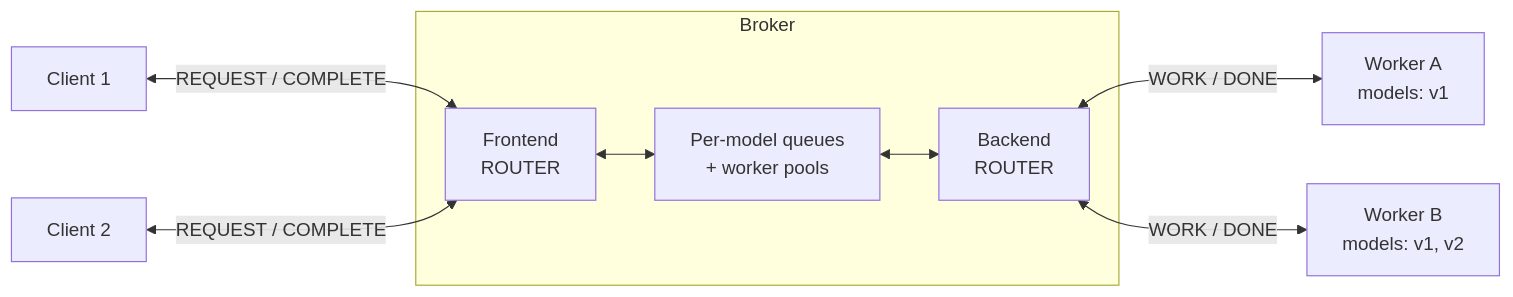
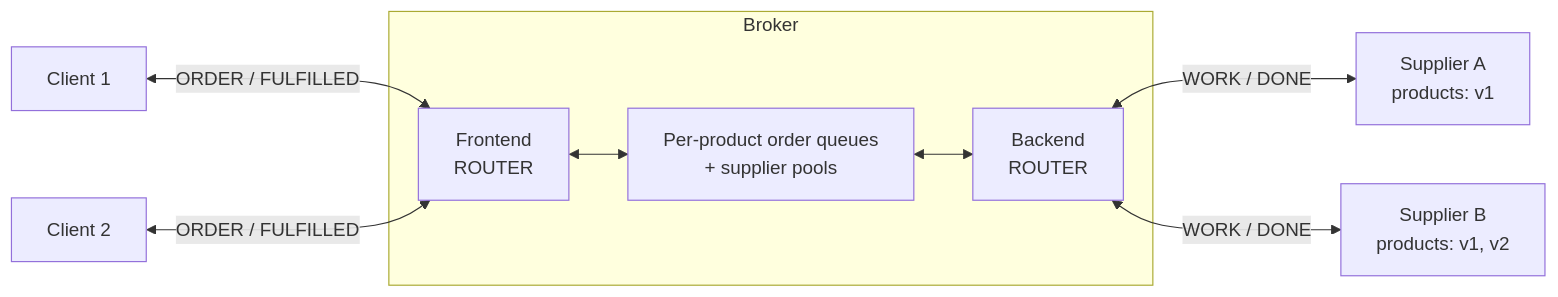
One commit to ayghri/softs changed the first of 5 diagrams in docs/source/architecture.rst. Above: the diagram before and after it, drawn with Mermaid. The commit also changed other lines of this file and 191 other files, not shown here.

```diff
--- a/docs/source/architecture.rst
+++ b/docs/source/architecture.rst
@@ -12,10 +17,10 @@
 .. mermaid::
 
    graph LR
-       C1[Client 1] & C2[Client 2] <-->|REQUEST / COMPLETE| FE
+       C1[Client 1] & C2[Client 2] <-->|ORDER / FULFILLED| FE
 
        subgraph Broker
-           FE[Frontend<br/>ROUTER] <--> Q[Per-model queues<br/>+ worker pools] <--> BE[Backend<br/>ROUTER]
+           FE[Frontend<br/>ROUTER] <--> Q[Per-product order queues<br/>+ supplier pools] <--> BE[Backend<br/>ROUTER]
        end
 
-       BE <-->|WORK / DONE| W1[Worker A<br/>models: v1] & W2[Worker B<br/>models: v1, v2]
+       BE <-->|WORK / DONE| W1[Supplier A<br/>products: v1] & W2[Supplier B<br/>products: v1, v2]
```
